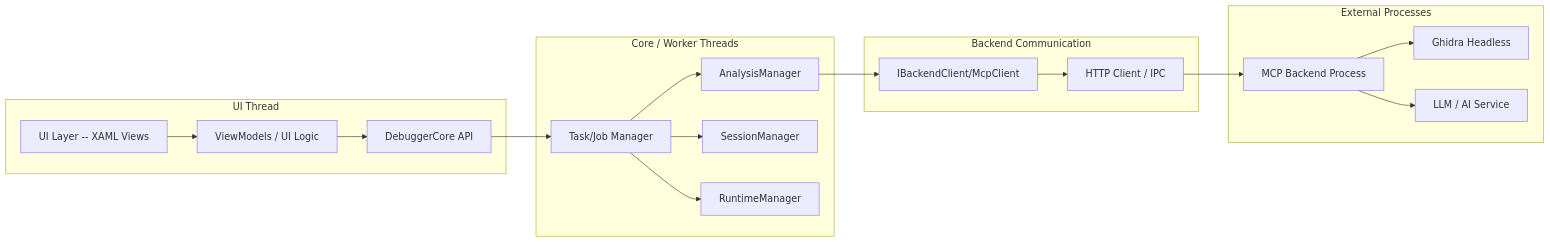
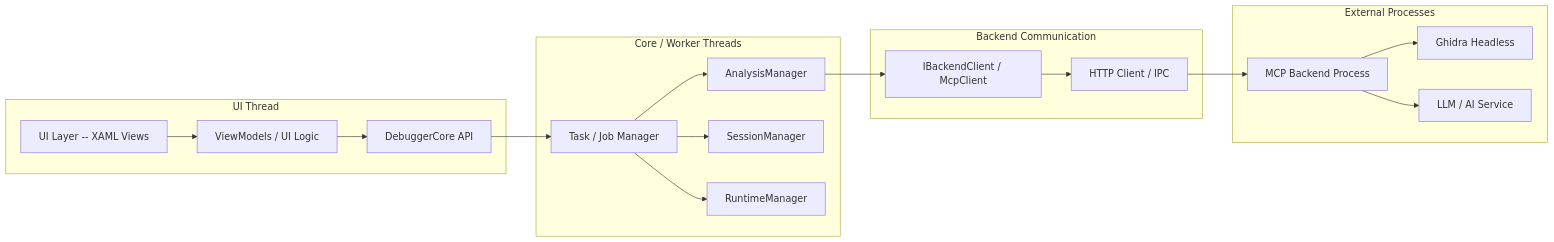
The diagram in docs/Diagrams/Core/threading_model.md (Huraharah/guardAIn_Debugger), drawn with Mermaid before and after one commit. The commit also changed 8 other files, not shown here.

````diff
--- a/docs/Diagrams/Core/threading_model.md
+++ b/docs/Diagrams/Core/threading_model.md
@@ -1,25 +1,25 @@
 ```mermaid
 flowchart LR
     subgraph UIThread[UI Thread]
         UI[UI Layer -- XAML Views] --> VM[ViewModels / UI Logic]
         VM --> DC[DebuggerCore API]
     end
 
     subgraph CoreThread[Core / Worker Threads]
-        DC --> TM[Task/Job Manager]
+        DC --> TM[Task / Job Manager]
         TM --> AM[AnalysisManager]
         TM --> SM[SessionManager]
         TM --> RM[RuntimeManager]
     end
 
     subgraph BackendThread[Backend Communication]
-        AM --> BC[IBackendClient/McpClient]
+        AM --> BC[IBackendClient / McpClient]
         BC --> NET[HTTP Client / IPC]
     end
 
     subgraph External[External Processes]
         NET --> MCP[MCP Backend Process]
         MCP --> GH[Ghidra Headless]
         MCP --> LLM[LLM / AI Service]
     end
 ```
````
